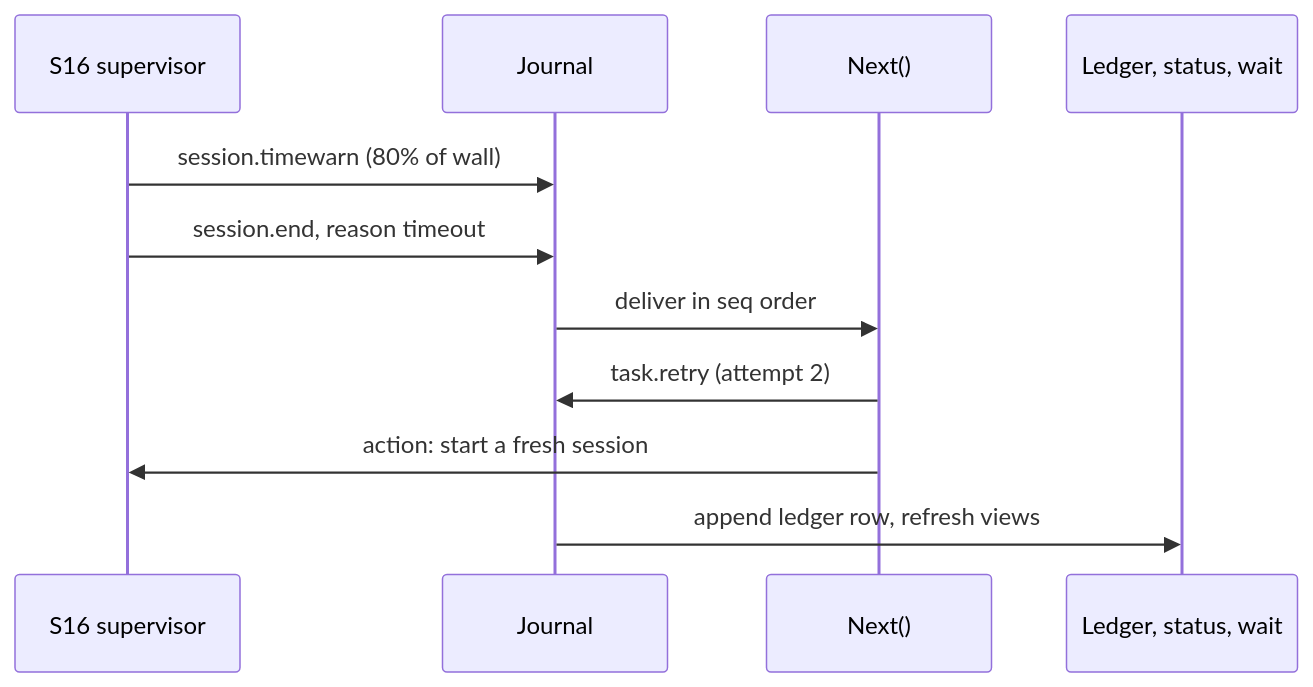
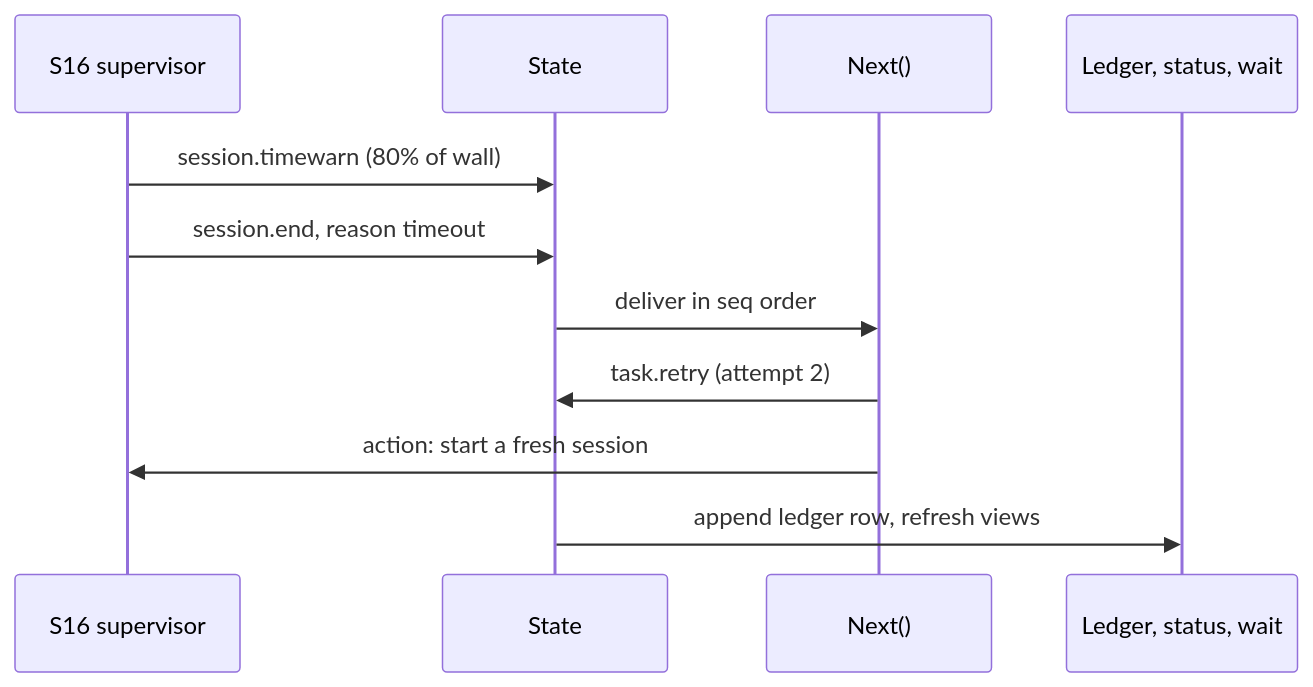
Before and after one commit to rdevitto86/komodo-agentic-harness-coding: the third of 5 diagrams in PLAN.md, drawn with Mermaid. The commit also changed other lines of this file and 3 other files, not shown here.

````diff
--- a/PLAN.md
+++ b/PLAN.md
@@ -160,13 +162,13 @@
 ```mermaid
 sequenceDiagram
   participant Sup as S16 supervisor
-  participant Jr as Journal
+  participant Jr as State
   participant Nx as Next()
   participant Sub as Ledger, status, wait
   Sup->>Jr: session.timewarn (80% of wall)
   Sup->>Jr: session.end, reason timeout
   Jr->>Nx: deliver in seq order
   Nx->>Jr: task.retry (attempt 2)
   Nx->>Sup: action: start a fresh session
   Jr->>Sub: append ledger row, refresh views
 ```
````
